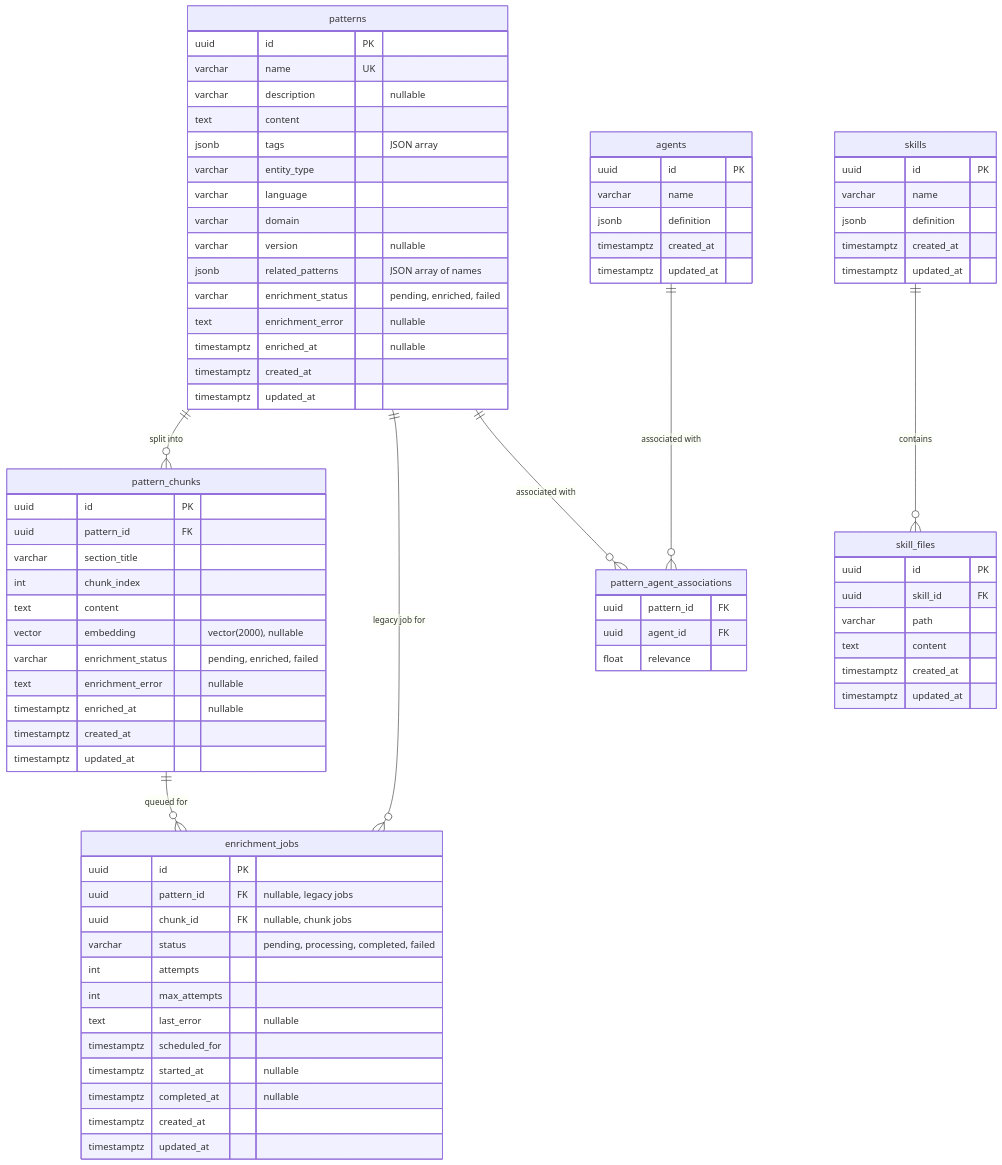
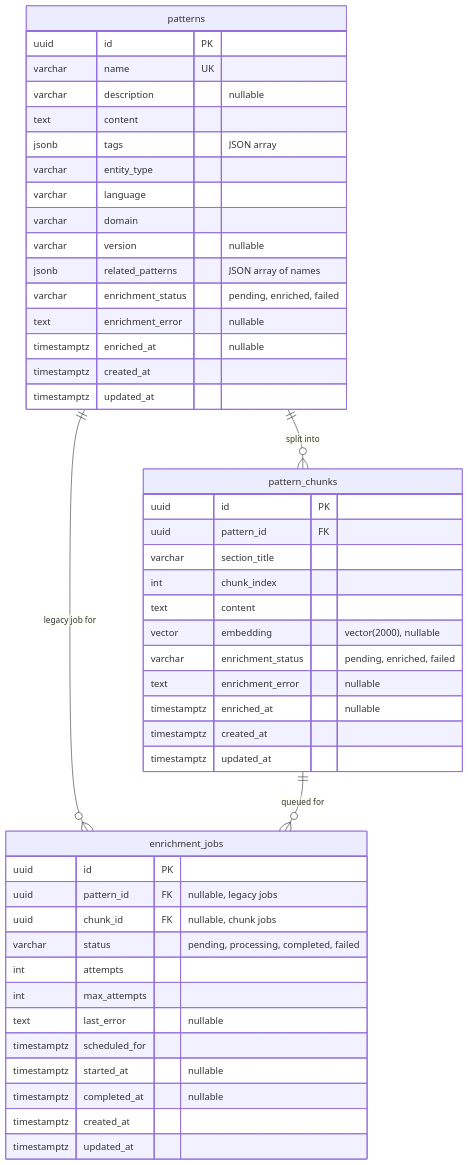
The first of 3 diagrams in docs/architecture/dbs/08-data-architecture.md (twistingmercury/mnemonic-docs), drawn with Mermaid before and after one commit. The commit also changed other lines of this file and 19 other files, not shown here.

First line of the commit message:
docs: match the service fixes and the mnemonic-dbs schema

````diff
--- a/docs/architecture/dbs/08-data-architecture.md
+++ b/docs/architecture/dbs/08-data-architecture.md
@@ -40,81 +40,51 @@
 ```mermaid
 erDiagram
     patterns {
         uuid id PK
         varchar name UK
         varchar description "nullable"
         text content
         jsonb tags "JSON array"
         varchar entity_type
         varchar language
         varchar domain
         varchar version "nullable"
         jsonb related_patterns "JSON array of names"
         varchar enrichment_status "pending, enriched, failed"
         text enrichment_error "nullable"
         timestamptz enriched_at "nullable"
         timestamptz created_at
         timestamptz updated_at
     }
     pattern_chunks {
         uuid id PK
         uuid pattern_id FK
         varchar section_title
         int chunk_index
         text content
         vector embedding "vector(2000), nullable"
         varchar enrichment_status "pending, enriched, failed"
         text enrichment_error "nullable"
         timestamptz enriched_at "nullable"
         timestamptz created_at
         timestamptz updated_at
     }
     enrichment_jobs {
         uuid id PK
         uuid pattern_id FK "nullable, legacy jobs"
         uuid chunk_id FK "nullable, chunk jobs"
         varchar status "pending, processing, completed, failed"
         int attempts
         int max_attempts
         text last_error "nullable"
         timestamptz scheduled_for
         timestamptz started_at "nullable"
         timestamptz completed_at "nullable"
         timestamptz created_at
         timestamptz updated_at
     }
-    agents {
-        uuid id PK
-        varchar name
-        jsonb definition
-        timestamptz created_at
-        timestamptz updated_at
-    }
-    pattern_agent_associations {
-        uuid pattern_id FK
-        uuid agent_id FK
-        float relevance
-    }
-    skills {
-        uuid id PK
-        varchar name
-        jsonb definition
-        timestamptz created_at
-        timestamptz updated_at
-    }
-    skill_files {
-        uuid id PK
-        uuid skill_id FK
-        varchar path
-        text content
-        timestamptz created_at
-        timestamptz updated_at
-    }
 
     patterns ||--o{ pattern_chunks : "split into"
     patterns ||--o{ enrichment_jobs : "legacy job for"
     pattern_chunks ||--o{ enrichment_jobs : "queued for"
-    patterns ||--o{ pattern_agent_associations : "associated with"
-    agents ||--o{ pattern_agent_associations : "associated with"
-    skills ||--o{ skill_files : "contains"
 ```
````
